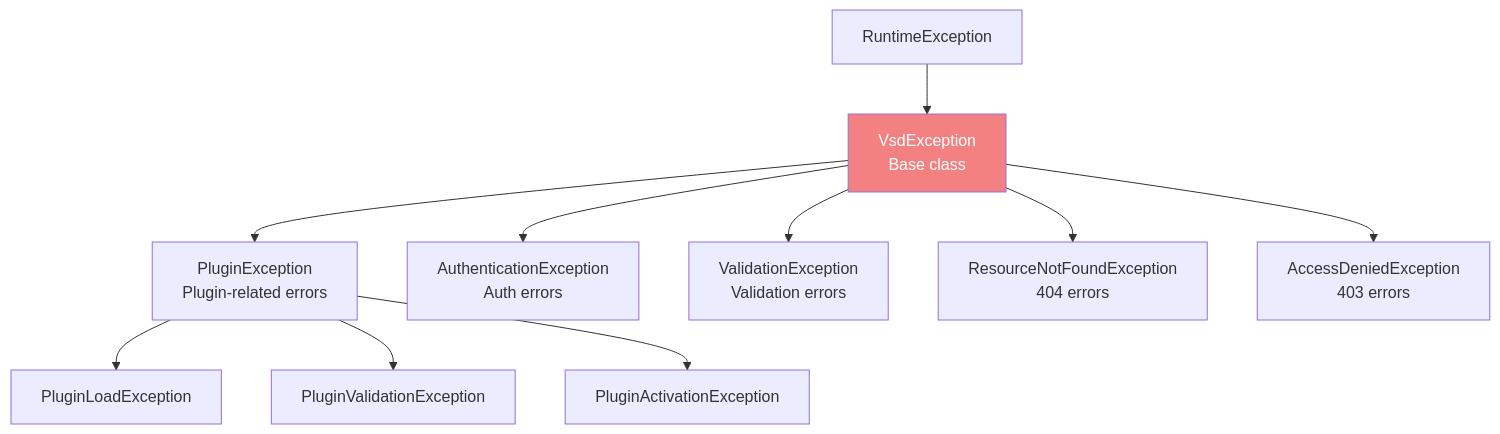
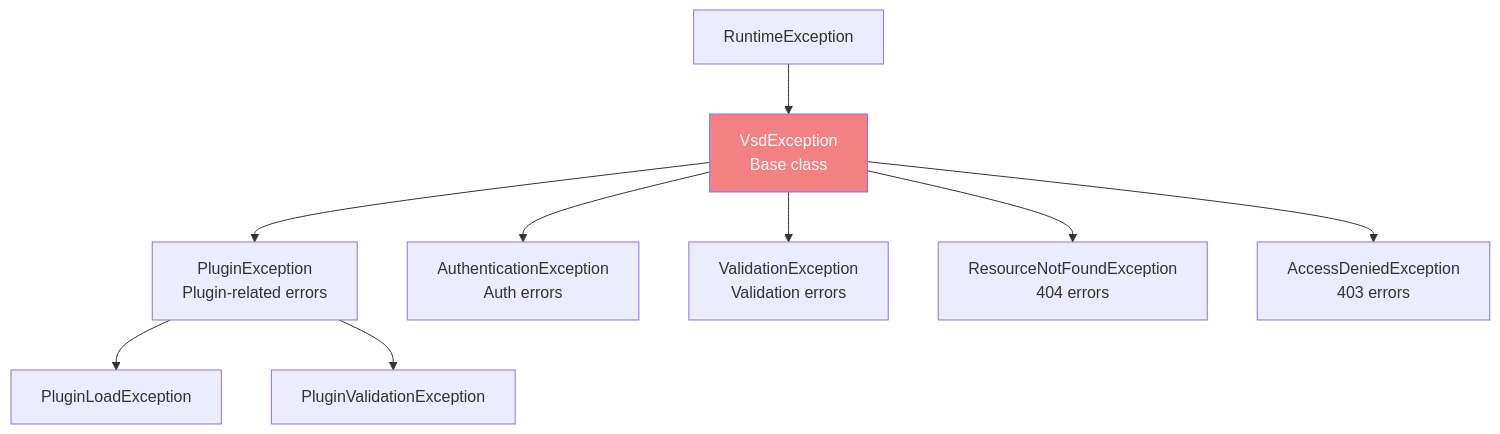
One commit to Visual-Site-Designer-VSD/visual-site-designer changed the sixth of 7 diagrams in docs/architecture/arc42/08-crosscutting-concepts.md. Above: the diagram before and after it, drawn with Mermaid. The commit also changed other lines of this file and 15 other files, not shown here.

````diff
--- a/docs/architecture/arc42/08-crosscutting-concepts.md
+++ b/docs/architecture/arc42/08-crosscutting-concepts.md
@@ -724,15 +724,14 @@
 ```mermaid
 graph TB
     RuntimeException --> VsdException[VsdException<br/>Base class]
     VsdException --> PluginException[PluginException<br/>Plugin-related errors]
     VsdException --> AuthException[AuthenticationException<br/>Auth errors]
     VsdException --> ValidationException[ValidationException<br/>Validation errors]
     VsdException --> ResourceNotFoundException[ResourceNotFoundException<br/>404 errors]
     VsdException --> AccessDeniedException[AccessDeniedException<br/>403 errors]
 
     PluginException --> PluginLoadException[PluginLoadException]
     PluginException --> PluginValidationException[PluginValidationException]
-    PluginException --> PluginActivationException[PluginActivationException]
 
     style VsdException fill:#f38181,color:#fff
 ```
````
